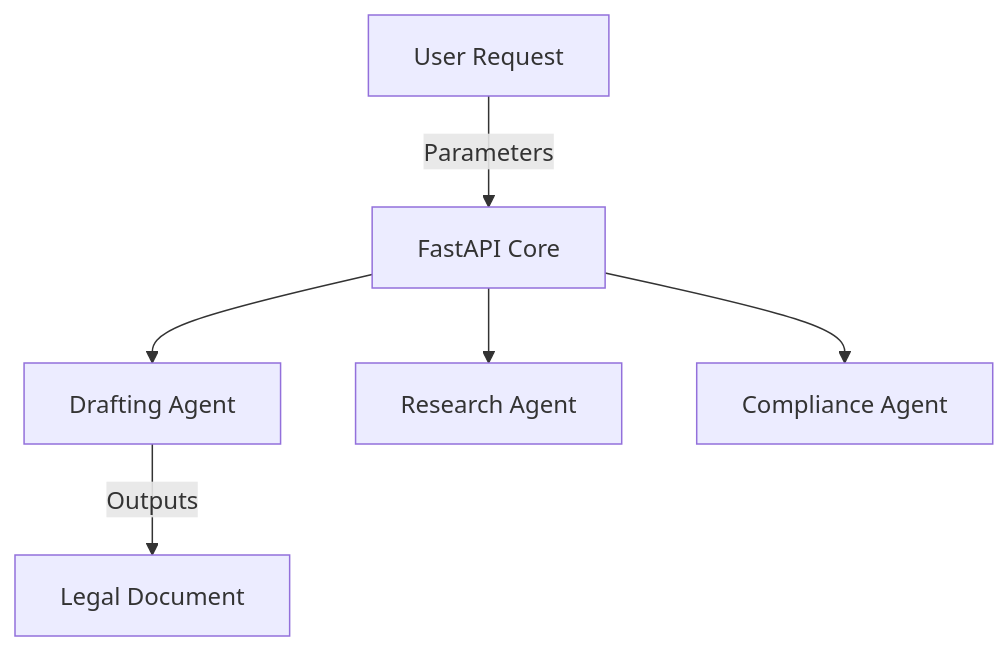
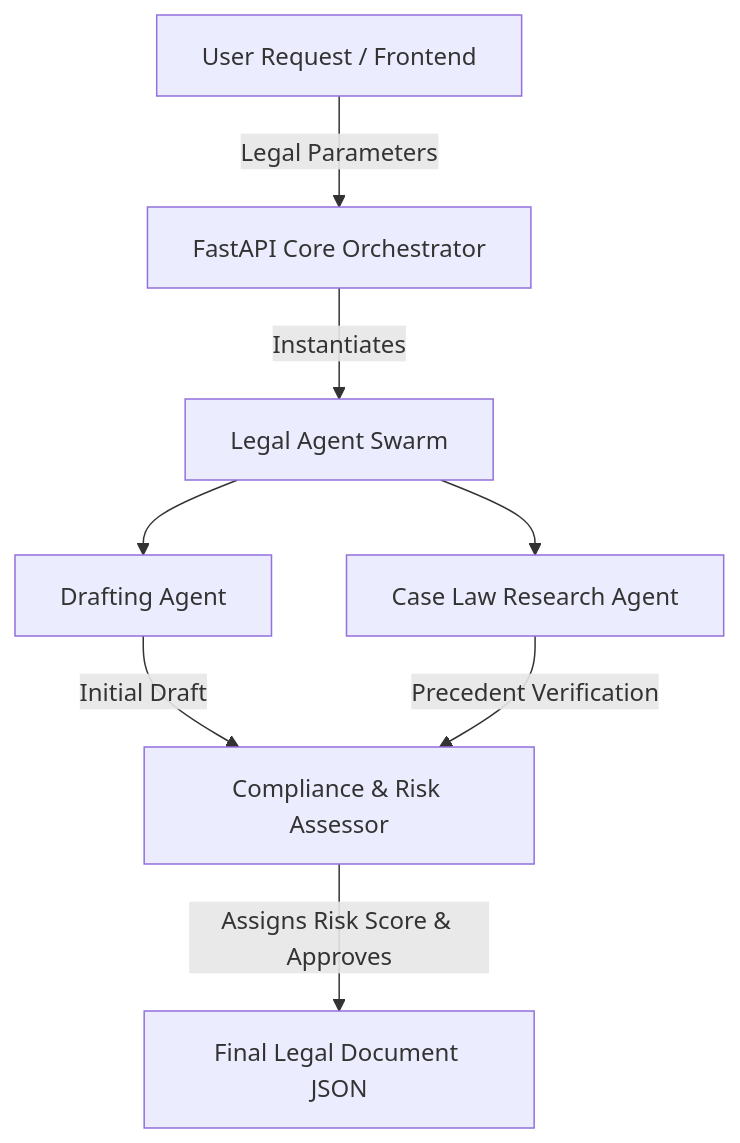
The diagram in README.md (lakshanmuruganandam/automated-law-firm), drawn with Mermaid before and after one commit. The commit also changed other lines of this file, not shown here.

Commit message:
docs: implement masterclass README with advanced architecture specs

````diff
--- a/README.md
+++ b/README.md
@@ -26,8 +26,10 @@
 ```mermaid
 graph TD;
-    Client[User Request] -->|Parameters| API[FastAPI Core]
-    API --> Partner1[Drafting Agent]
-    API --> Partner2[Research Agent]
-    API --> Partner3[Compliance Agent]
-    Partner1 -->|Outputs| Doc[Legal Document]
+    Client[User Request / Frontend] -->|Legal Parameters| API[FastAPI Core Orchestrator]
+    API -->|Instantiates| Swarm[Legal Agent Swarm]
+    Swarm --> DraftingAgent[Drafting Agent]
+    Swarm --> ResearchAgent[Case Law Research Agent]
+    DraftingAgent -->|Initial Draft| ComplianceAgent[Compliance & Risk Assessor]
+    ResearchAgent -->|Precedent Verification| ComplianceAgent
+    ComplianceAgent -->|Assigns Risk Score & Approves| Output[Final Legal Document JSON]
 ```
````
